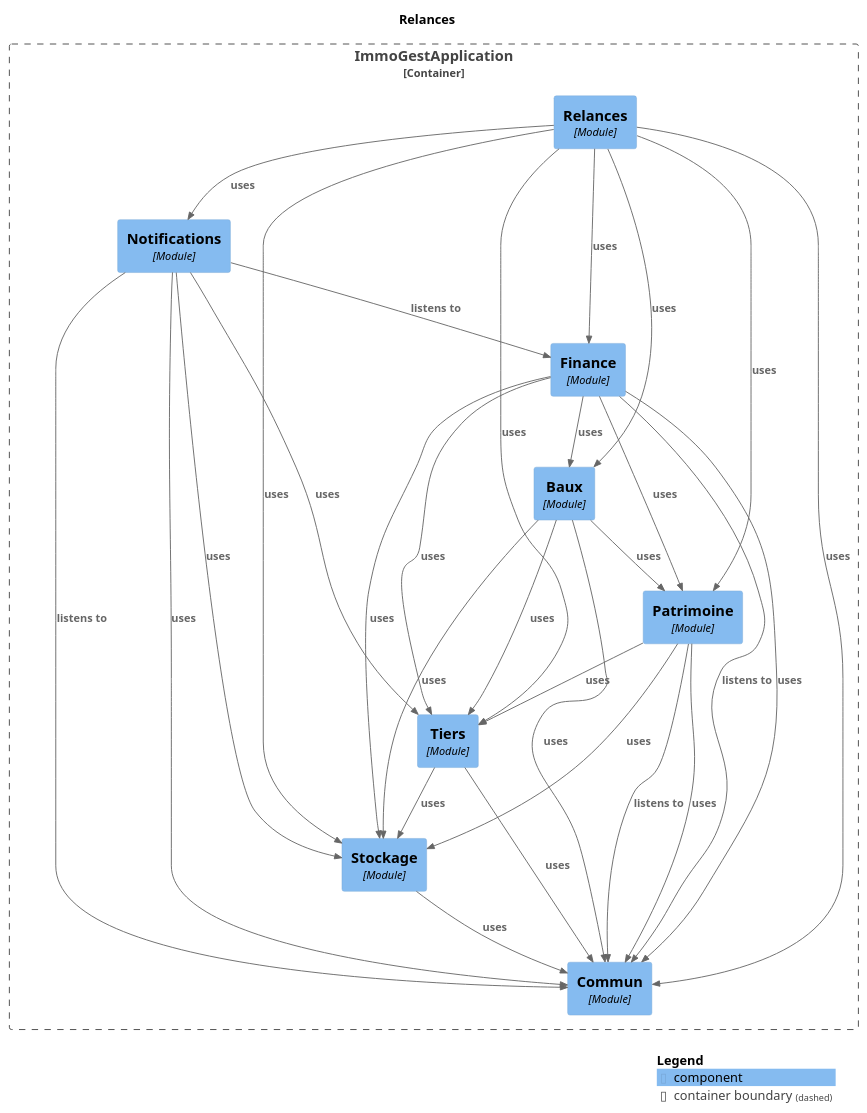
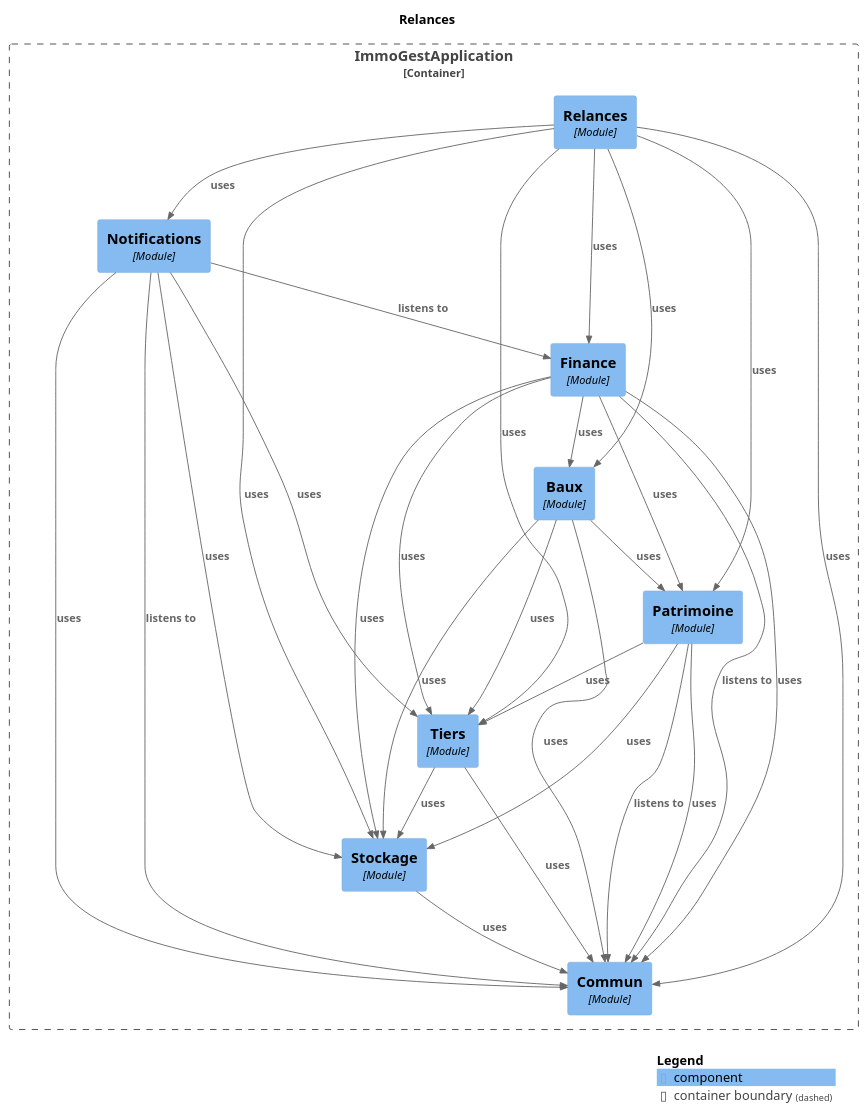
One commit to fixedevelloper/csimmo changed the diagram in docs/modules/module-relance.puml. Above: the diagram before and after it, drawn with PlantUML. The commit also changed other lines of this file and 68 other files, not shown here.

```diff
--- a/docs/modules/module-relance.puml
+++ b/docs/modules/module-relance.puml
@@ -1,53 +1,53 @@
 @startuml
 set separator none
 title Relances
 
 top to bottom direction
 
 !include <C4/C4>
 !include <C4/C4_Context>
 !include <C4/C4_Component>
 
 Container_Boundary("ImmoGestApplication.ImmoGestApplication_boundary", "ImmoGestApplication", $tags="") {
   Component(ImmoGestApplication.ImmoGestApplication.Baux, "Baux", $techn="Module", $descr="", $tags="", $link="")
   Component(ImmoGestApplication.ImmoGestApplication.Finance, "Finance", $techn="Module", $descr="", $tags="", $link="")
   Component(ImmoGestApplication.ImmoGestApplication.Notifications, "Notifications", $techn="Module", $descr="", $tags="", $link="")
   Component(ImmoGestApplication.ImmoGestApplication.Relances, "Relances", $techn="Module", $descr="", $tags="", $link="")
   Component(ImmoGestApplication.ImmoGestApplication.Commun, "Commun", $techn="Module", $descr="", $tags="", $link="")
   Component(ImmoGestApplication.ImmoGestApplication.Stockage, "Stockage", $techn="Module", $descr="", $tags="", $link="")
   Component(ImmoGestApplication.ImmoGestApplication.Tiers, "Tiers", $techn="Module", $descr="", $tags="", $link="")
   Component(ImmoGestApplication.ImmoGestApplication.Patrimoine, "Patrimoine", $techn="Module", $descr="", $tags="", $link="")
 }
 
+Rel(ImmoGestApplication.ImmoGestApplication.Notifications, ImmoGestApplication.ImmoGestApplication.Commun, "uses", $techn="", $tags="", $link="")
+Rel(ImmoGestApplication.ImmoGestApplication.Baux, ImmoGestApplication.ImmoGestApplication.Patrimoine, "uses", $techn="", $tags="", $link="")
+Rel(ImmoGestApplication.ImmoGestApplication.Baux, ImmoGestApplication.ImmoGestApplication.Tiers, "uses", $techn="", $tags="", $link="")
+Rel(ImmoGestApplication.ImmoGestApplication.Baux, ImmoGestApplication.ImmoGestApplication.Stockage, "uses", $techn="", $tags="", $link="")
+Rel(ImmoGestApplication.ImmoGestApplication.Baux, ImmoGestApplication.ImmoGestApplication.Commun, "uses", $techn="", $tags="", $link="")
 Rel(ImmoGestApplication.ImmoGestApplication.Finance, ImmoGestApplication.ImmoGestApplication.Commun, "listens to", $techn="", $tags="", $link="")
 Rel(ImmoGestApplication.ImmoGestApplication.Finance, ImmoGestApplication.ImmoGestApplication.Patrimoine, "uses", $techn="", $tags="", $link="")
 Rel(ImmoGestApplication.ImmoGestApplication.Finance, ImmoGestApplication.ImmoGestApplication.Commun, "uses", $techn="", $tags="", $link="")
 Rel(ImmoGestApplication.ImmoGestApplication.Finance, ImmoGestApplication.ImmoGestApplication.Baux, "uses", $techn="", $tags="", $link="")
 Rel(ImmoGestApplication.ImmoGestApplication.Finance, ImmoGestApplication.ImmoGestApplication.Tiers, "uses", $techn="", $tags="", $link="")
 Rel(ImmoGestApplication.ImmoGestApplication.Finance, ImmoGestApplication.ImmoGestApplication.Stockage, "uses", $techn="", $tags="", $link="")
-Rel(ImmoGestApplication.ImmoGestApplication.Tiers, ImmoGestApplication.ImmoGestApplication.Stockage, "uses", $techn="", $tags="", $link="")
-Rel(ImmoGestApplication.ImmoGestApplication.Tiers, ImmoGestApplication.ImmoGestApplication.Commun, "uses", $techn="", $tags="", $link="")
-Rel(ImmoGestApplication.ImmoGestApplication.Baux, ImmoGestApplication.ImmoGestApplication.Patrimoine, "uses", $techn="", $tags="", $link="")
-Rel(ImmoGestApplication.ImmoGestApplication.Baux, ImmoGestApplication.ImmoGestApplication.Tiers, "uses", $techn="", $tags="", $link="")
-Rel(ImmoGestApplication.ImmoGestApplication.Baux, ImmoGestApplication.ImmoGestApplication.Stockage, "uses", $techn="", $tags="", $link="")
-Rel(ImmoGestApplication.ImmoGestApplication.Baux, ImmoGestApplication.ImmoGestApplication.Commun, "uses", $techn="", $tags="", $link="")
-Rel(ImmoGestApplication.ImmoGestApplication.Notifications, ImmoGestApplication.ImmoGestApplication.Commun, "listens to", $techn="", $tags="", $link="")
-Rel(ImmoGestApplication.ImmoGestApplication.Notifications, ImmoGestApplication.ImmoGestApplication.Finance, "listens to", $techn="", $tags="", $link="")
-Rel(ImmoGestApplication.ImmoGestApplication.Notifications, ImmoGestApplication.ImmoGestApplication.Stockage, "uses", $techn="", $tags="", $link="")
-Rel(ImmoGestApplication.ImmoGestApplication.Notifications, ImmoGestApplication.ImmoGestApplication.Tiers, "uses", $techn="", $tags="", $link="")
-Rel(ImmoGestApplication.ImmoGestApplication.Notifications, ImmoGestApplication.ImmoGestApplication.Commun, "uses", $techn="", $tags="", $link="")
-Rel(ImmoGestApplication.ImmoGestApplication.Stockage, ImmoGestApplication.ImmoGestApplication.Commun, "uses", $techn="", $tags="", $link="")
-Rel(ImmoGestApplication.ImmoGestApplication.Patrimoine, ImmoGestApplication.ImmoGestApplication.Commun, "listens to", $techn="", $tags="", $link="")
-Rel(ImmoGestApplication.ImmoGestApplication.Patrimoine, ImmoGestApplication.ImmoGestApplication.Stockage, "uses", $techn="", $tags="", $link="")
-Rel(ImmoGestApplication.ImmoGestApplication.Patrimoine, ImmoGestApplication.ImmoGestApplication.Commun, "uses", $techn="", $tags="", $link="")
-Rel(ImmoGestApplication.ImmoGestApplication.Patrimoine, ImmoGestApplication.ImmoGestApplication.Tiers, "uses", $techn="", $tags="", $link="")
 Rel(ImmoGestApplication.ImmoGestApplication.Relances, ImmoGestApplication.ImmoGestApplication.Finance, "uses", $techn="", $tags="", $link="")
 Rel(ImmoGestApplication.ImmoGestApplication.Relances, ImmoGestApplication.ImmoGestApplication.Baux, "uses", $techn="", $tags="", $link="")
 Rel(ImmoGestApplication.ImmoGestApplication.Relances, ImmoGestApplication.ImmoGestApplication.Patrimoine, "uses", $techn="", $tags="", $link="")
 Rel(ImmoGestApplication.ImmoGestApplication.Relances, ImmoGestApplication.ImmoGestApplication.Tiers, "uses", $techn="", $tags="", $link="")
 Rel(ImmoGestApplication.ImmoGestApplication.Relances, ImmoGestApplication.ImmoGestApplication.Notifications, "uses", $techn="", $tags="", $link="")
 Rel(ImmoGestApplication.ImmoGestApplication.Relances, ImmoGestApplication.ImmoGestApplication.Stockage, "uses", $techn="", $tags="", $link="")
 Rel(ImmoGestApplication.ImmoGestApplication.Relances, ImmoGestApplication.ImmoGestApplication.Commun, "uses", $techn="", $tags="", $link="")
+Rel(ImmoGestApplication.ImmoGestApplication.Patrimoine, ImmoGestApplication.ImmoGestApplication.Commun, "listens to", $techn="", $tags="", $link="")
+Rel(ImmoGestApplication.ImmoGestApplication.Patrimoine, ImmoGestApplication.ImmoGestApplication.Stockage, "uses", $techn="", $tags="", $link="")
+Rel(ImmoGestApplication.ImmoGestApplication.Patrimoine, ImmoGestApplication.ImmoGestApplication.Commun, "uses", $techn="", $tags="", $link="")
+Rel(ImmoGestApplication.ImmoGestApplication.Patrimoine, ImmoGestApplication.ImmoGestApplication.Tiers, "uses", $techn="", $tags="", $link="")
+Rel(ImmoGestApplication.ImmoGestApplication.Tiers, ImmoGestApplication.ImmoGestApplication.Stockage, "uses", $techn="", $tags="", $link="")
+Rel(ImmoGestApplication.ImmoGestApplication.Tiers, ImmoGestApplication.ImmoGestApplication.Commun, "uses", $techn="", $tags="", $link="")
+Rel(ImmoGestApplication.ImmoGestApplication.Stockage, ImmoGestApplication.ImmoGestApplication.Commun, "uses", $techn="", $tags="", $link="")
+Rel(ImmoGestApplication.ImmoGestApplication.Notifications, ImmoGestApplication.ImmoGestApplication.Commun, "listens to", $techn="", $tags="", $link="")
+Rel(ImmoGestApplication.ImmoGestApplication.Notifications, ImmoGestApplication.ImmoGestApplication.Finance, "listens to", $techn="", $tags="", $link="")
+Rel(ImmoGestApplication.ImmoGestApplication.Notifications, ImmoGestApplication.ImmoGestApplication.Stockage, "uses", $techn="", $tags="", $link="")
+Rel(ImmoGestApplication.ImmoGestApplication.Notifications, ImmoGestApplication.ImmoGestApplication.Tiers, "uses", $techn="", $tags="", $link="")
 
 SHOW_LEGEND(true)
 @enduml
```
